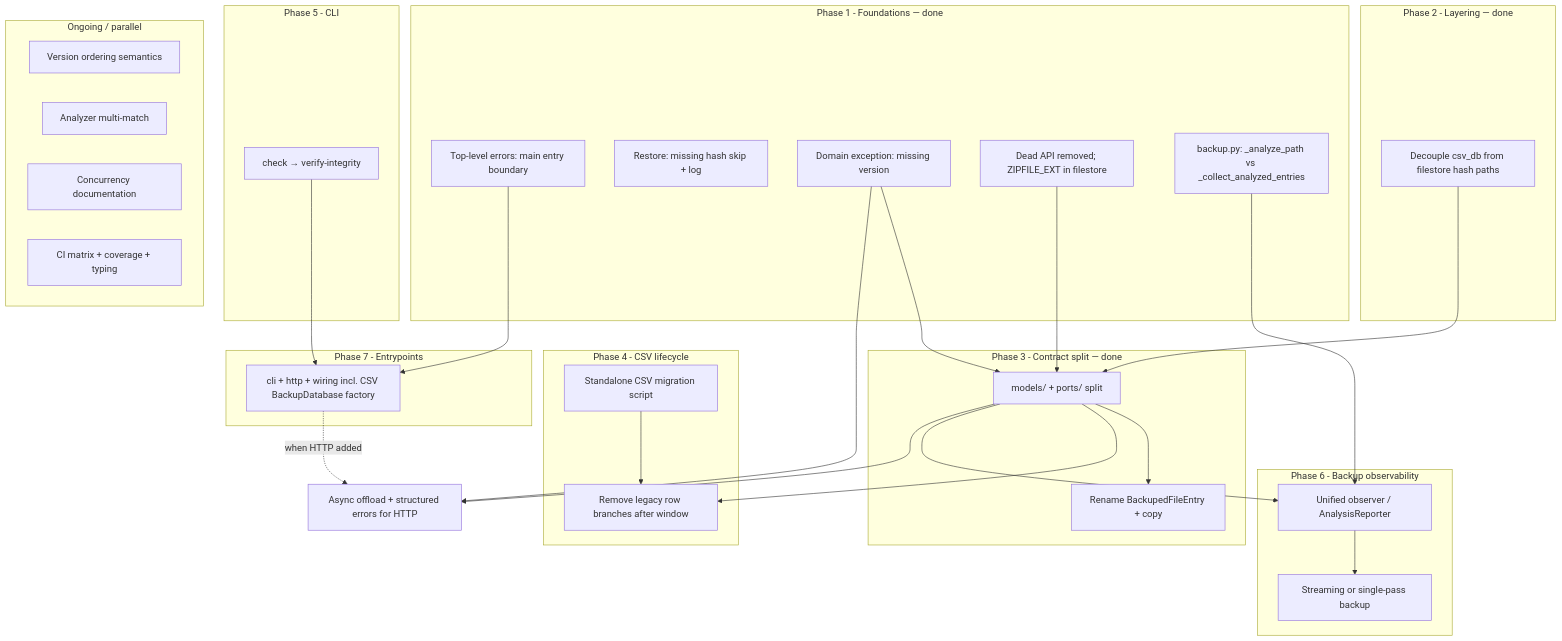
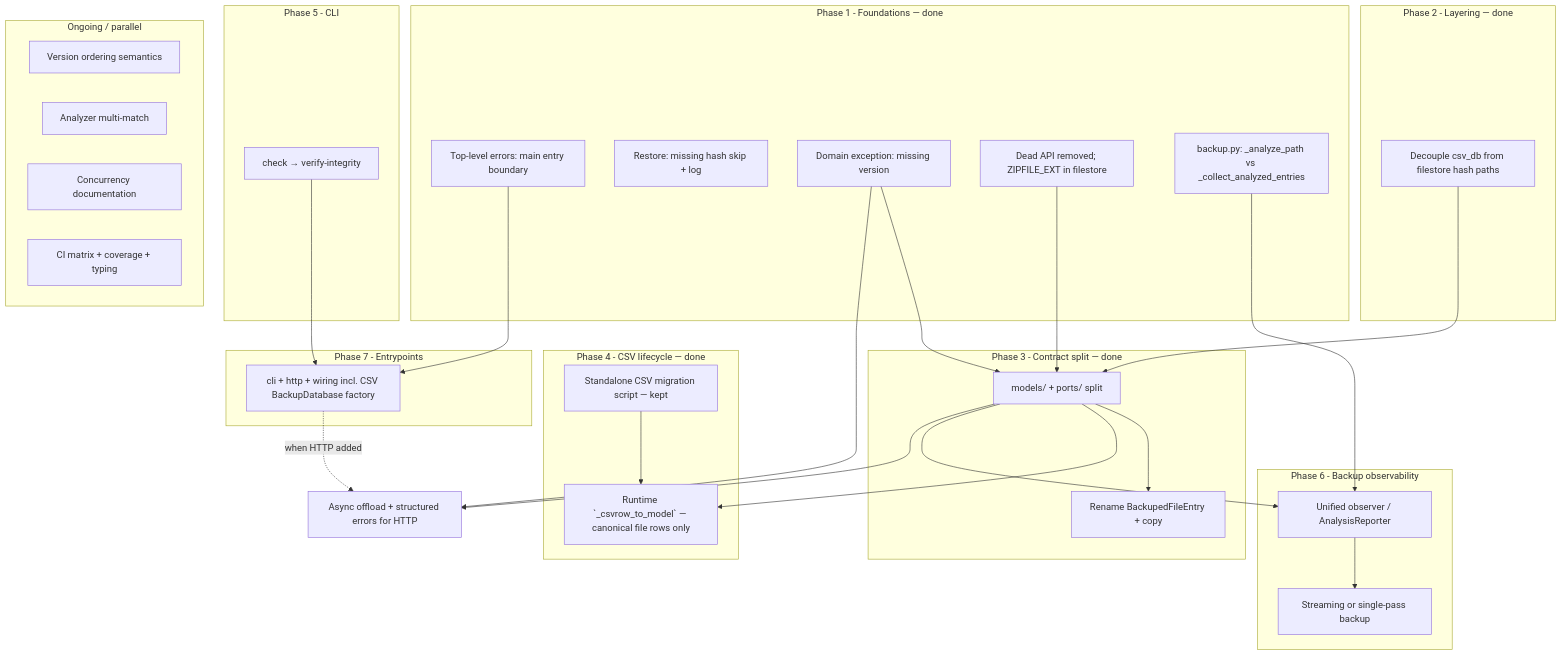
Before and after one commit to piazentin/backuper: the diagram in docs/tech-debt-roadmap.md, drawn with Mermaid. The commit also changed other lines of this file and 5 other files, not shown here.

First line of the commit message:
fix(csv): canonical version CSV rows only in runtime

````diff
--- a/docs/tech-debt-roadmap.md
+++ b/docs/tech-debt-roadmap.md
@@ -44,59 +44,59 @@
 ```mermaid
 flowchart TB
   subgraph early [Phase 1 - Foundations — done]
     A1[Top-level errors: main entry boundary]
     A2[Restore: missing hash skip + log]
     B1[Domain exception: missing version]
     C1[Dead API removed; ZIPFILE_EXT in filestore]
     C2[backup.py: _analyze_path vs _collect_analyzed_entries]
   end
 
   subgraph layering [Phase 2 - Layering — done]
     D1[Decouple csv_db from filestore hash paths]
   end
 
   subgraph contract [Phase 3 - Contract split — done]
     E1[models/ + ports/ split]
     E2[Rename BackupedFileEntry + copy]
   end
 
-  subgraph csv [Phase 4 - CSV lifecycle]
-    F1[Standalone CSV migration script]
-    F2[Remove legacy row branches after window]
+  subgraph csv [Phase 4 - CSV lifecycle — done]
+    F1[Standalone CSV migration script — kept]
+    F2[Runtime `_csvrow_to_model` — canonical file rows only]
   end
 
   subgraph cli [Phase 5 - CLI]
     G1[check → verify-integrity]
   end
 
   subgraph pipeline [Phase 6 - Backup observability]
     H1[Unified observer / AnalysisReporter]
     H2[Streaming or single-pass backup]
   end
 
   subgraph entry [Phase 7 - Entrypoints]
     J1[cli + http + wiring incl. CSV BackupDatabase factory]
   end
 
   subgraph polish [Ongoing / parallel]
     I1[Version ordering semantics]
     I2[Analyzer multi-match]
     I3[Concurrency documentation]
     K1[CI matrix + coverage + typing]
   end
 
   C1 --> E1
   B1 --> E1
   D1 --> E1
   A1 --> J1
   E1 --> E2
   E1 --> F2
   F1 --> F2
   G1 --> J1
   H1 --> H2
   C2 --> H1
   E1 --> H1
   J1 -.->|when HTTP added| J2[Async offload + structured errors for HTTP]
   E1 --> J2
   B1 --> J2
 ```
````
